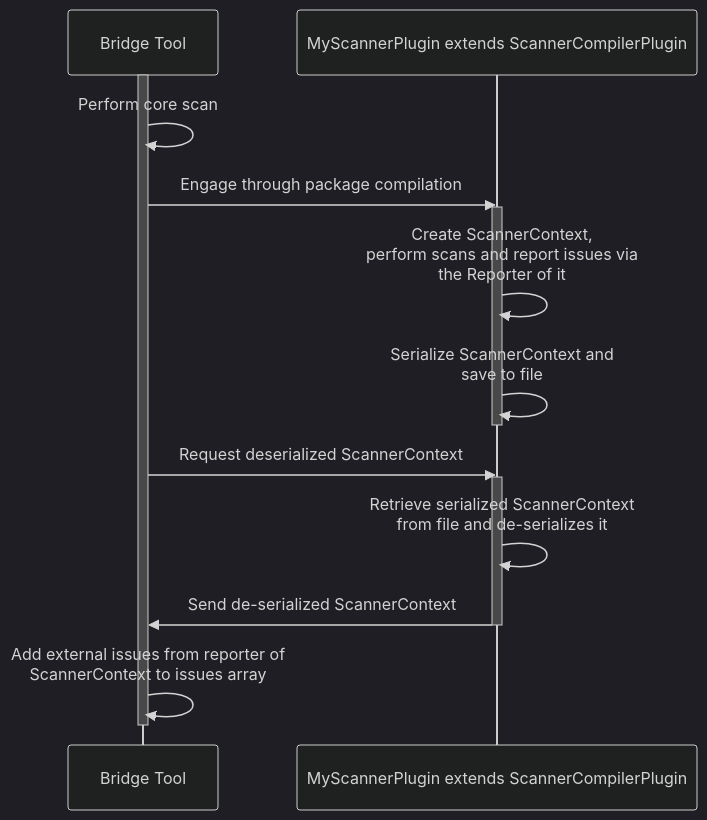
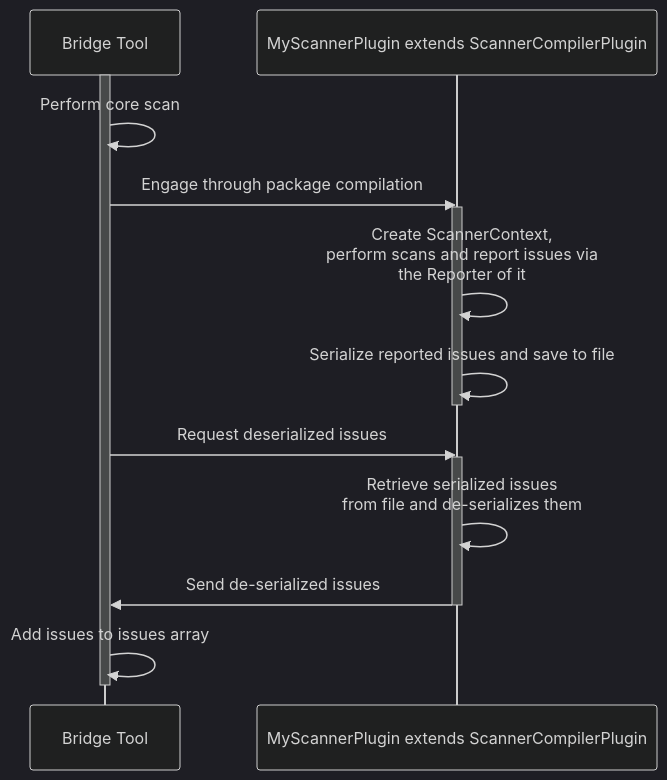
The diagram in README.md (Xenowa/ballerina-tool-extension-methods), drawn with Mermaid (dark theme) before and after one commit. The commit also changed 7 other files, not shown here.

Commit message:
Update: Refactored architecture of the approach further

````diff
--- a/README.md
+++ b/README.md
@@ -3,19 +3,19 @@
 ```mermaid
 sequenceDiagram
     participant Bridge Tool
     participant MyScannerPlugin extends ScannerCompilerPlugin
     activate Bridge Tool
     Bridge Tool ->> Bridge Tool: Perform core scan
     Bridge Tool ->> MyScannerPlugin extends ScannerCompilerPlugin: Engage through package compilation
     activate MyScannerPlugin extends ScannerCompilerPlugin
     MyScannerPlugin extends ScannerCompilerPlugin ->> MyScannerPlugin extends ScannerCompilerPlugin: Create ScannerContext, <br> perform scans and report issues via <br> the Reporter of it
-    MyScannerPlugin extends ScannerCompilerPlugin ->> MyScannerPlugin extends ScannerCompilerPlugin: Serialize ScannerContext and <br> save to file
+    MyScannerPlugin extends ScannerCompilerPlugin ->> MyScannerPlugin extends ScannerCompilerPlugin: Serialize reported issues and save to file
     deactivate MyScannerPlugin extends ScannerCompilerPlugin
-    Bridge Tool ->> MyScannerPlugin extends ScannerCompilerPlugin: Request deserialized ScannerContext
+    Bridge Tool ->> MyScannerPlugin extends ScannerCompilerPlugin: Request deserialized issues
     activate MyScannerPlugin extends ScannerCompilerPlugin
-    MyScannerPlugin extends ScannerCompilerPlugin ->> MyScannerPlugin extends ScannerCompilerPlugin: Retrieve serialized ScannerContext <br> from file and de-serializes it
-    MyScannerPlugin extends ScannerCompilerPlugin ->> Bridge Tool: Send de-serialized ScannerContext
+    MyScannerPlugin extends ScannerCompilerPlugin ->> MyScannerPlugin extends ScannerCompilerPlugin: Retrieve serialized issues <br> from file and de-serializes them
+    MyScannerPlugin extends ScannerCompilerPlugin ->> Bridge Tool: Send de-serialized issues
     deactivate MyScannerPlugin extends ScannerCompilerPlugin
-    Bridge Tool ->> Bridge Tool: Add external issues from reporter of <br> ScannerContext to issues array
+    Bridge Tool ->> Bridge Tool: Add issues to issues array
     deactivate Bridge Tool
 ```
````
